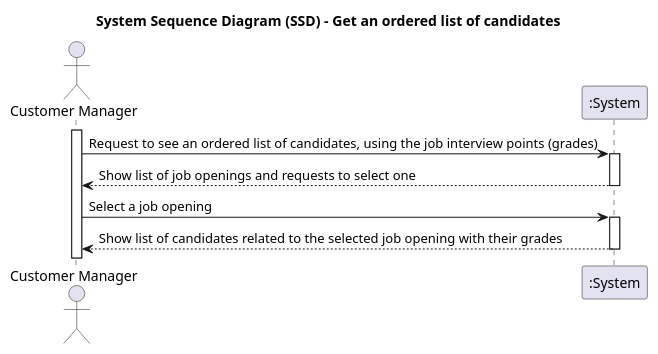
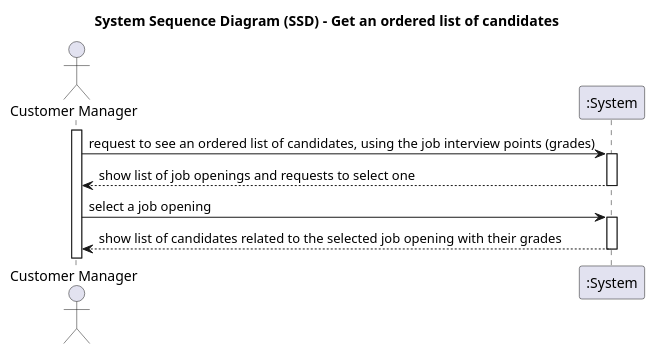
The diagram in docs/sprintC/1019/puml/1019-system-sequence-diagram.puml (marcoferreira37/Lapr4), drawn with PlantUML before and after one commit. The commit also changed 13 other files, not shown here.

```diff
--- a/docs/sprintC/1019/puml/1019-system-sequence-diagram.puml
+++ b/docs/sprintC/1019/puml/1019-system-sequence-diagram.puml
@@ -1,28 +1,28 @@
 @startuml
 'skinparam monochrome true
 'skinparam packageStyle rectangle
 'skinparam shadowing false
 
 title System Sequence Diagram (SSD) - Get an ordered list of candidates
 
 actor "Customer Manager" as Agent
 participant ":System" as System
 
 activate Agent
 
-Agent -> System : Request to see an ordered list of candidates, using the job interview points (grades)
+Agent -> System : request to see an ordered list of candidates, using the job interview points (grades)
 
 activate System
 
-System --> Agent: Show list of job openings and requests to select one
+System --> Agent: show list of job openings and requests to select one
 deactivate
 
-Agent -> System : Select a job opening
+Agent -> System : select a job opening
 
 activate System
 
-System --> Agent : Show list of candidates related to the selected job opening with their grades
+System --> Agent : show list of candidates related to the selected job opening with their grades
 deactivate
 
 
 @enduml
```
